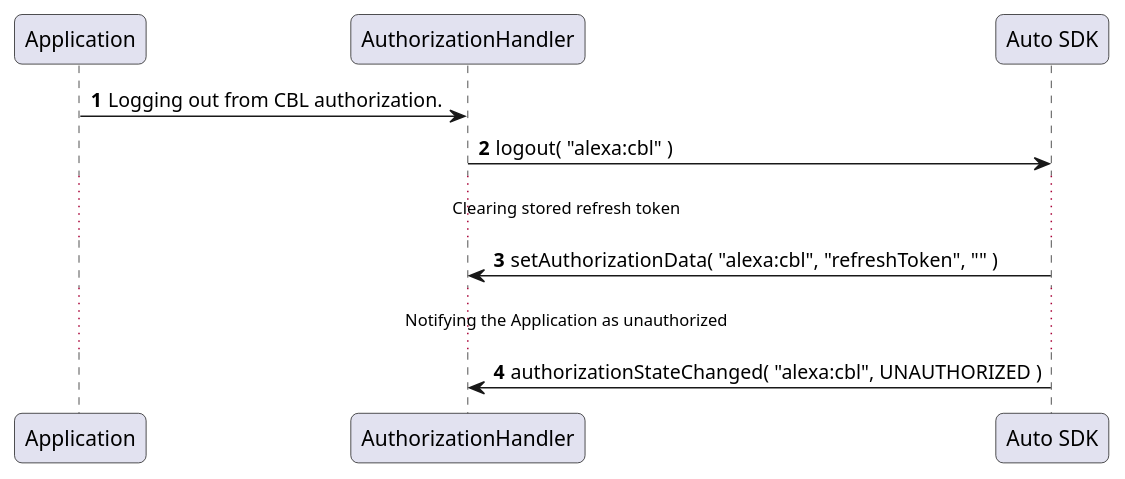
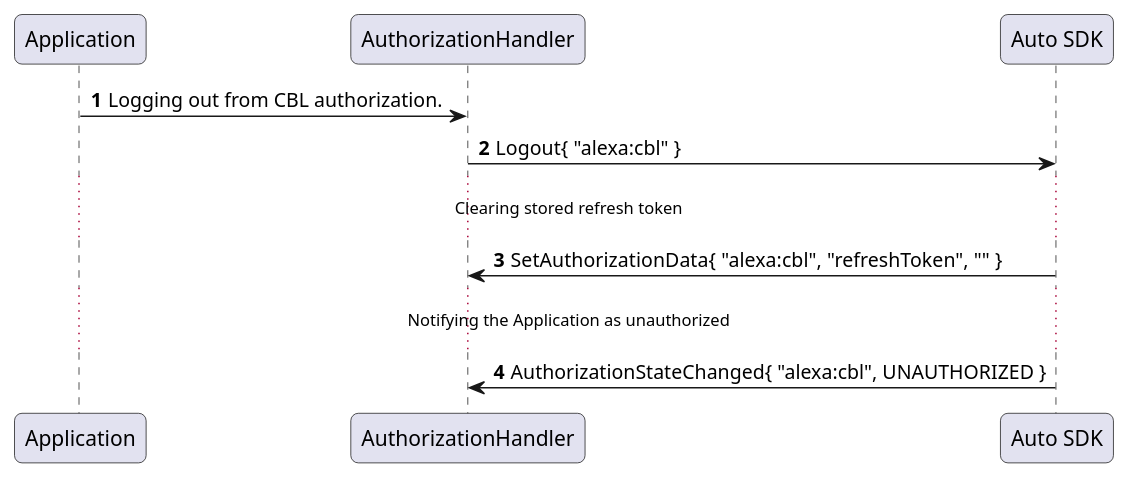
One commit to alexa/alexa-auto-sdk changed the diagram in modules/cbl/docs/diagrams/src/cbl-logout-sequence.plantuml. Above: the diagram before and after it, drawn with PlantUML. The commit also changed 3441 other files, not shown here.

First line of the commit message:
Version 4.3.0 Alexa Auto SDK

```diff
--- a/modules/cbl/docs/diagrams/src/cbl-logout-sequence.plantuml
+++ b/modules/cbl/docs/diagrams/src/cbl-logout-sequence.plantuml
@@ -1,19 +1,19 @@
 @startuml
 
 skinparam roundcorner 10
 
 autonumber
 participant Application  order 20
 participant AuthorizationHandler  order 30
 participant "Auto SDK" as AutoSDK  order 40
 
 Application -> AuthorizationHandler : Logging out from CBL authorization.
-AuthorizationHandler -> AutoSDK : logout( "alexa:cbl" )
+AuthorizationHandler -> AutoSDK : Logout{ "alexa:cbl" }
 
 ... Clearing stored refresh token ...
-AutoSDK -> AuthorizationHandler : setAuthorizationData( "alexa:cbl", "refreshToken", "" )
+AutoSDK -> AuthorizationHandler : SetAuthorizationData{ "alexa:cbl", "refreshToken", "" }
 
 ... Notifying the Application as unauthorized ...
-AutoSDK -> AuthorizationHandler : authorizationStateChanged( "alexa:cbl", UNAUTHORIZED )
+AutoSDK -> AuthorizationHandler : AuthorizationStateChanged{ "alexa:cbl", UNAUTHORIZED }
 
 @enduml
```
